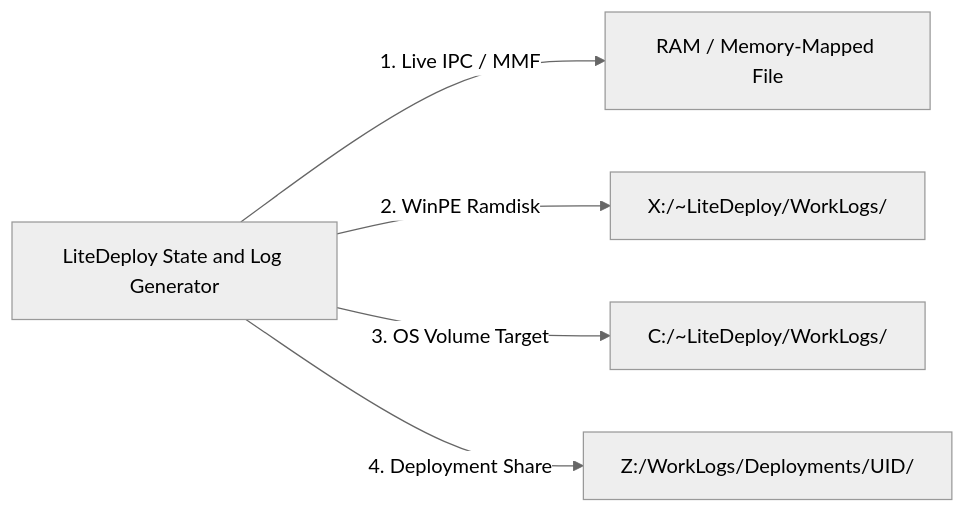
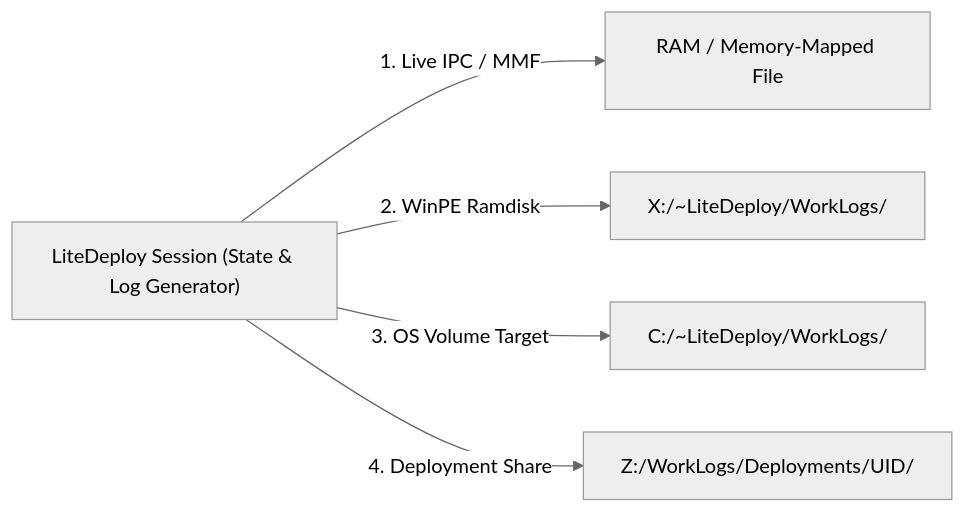
Before and after one commit to cmartineztech/LiteDeploy.Core: the fifth of 6 diagrams in _Docs/architecture/LITEDEPLOY_DEPLOYMENT_DIAGRAM.md, drawn with Mermaid (neutral theme). The commit also changed other lines of this file and 10 other files, not shown here.

Commit message:
docs: align architecture diagrams, planning docs, and guides with v2 Session consolidation

````diff
--- a/_Docs/architecture/LITEDEPLOY_DEPLOYMENT_DIAGRAM.md
+++ b/_Docs/architecture/LITEDEPLOY_DEPLOYMENT_DIAGRAM.md
@@ -190,9 +191,9 @@
 ```mermaid
 flowchart LR
-    StateSource["LiteDeploy State and Log Generator"]
+    StateSource["LiteDeploy Session (State & Log Generator)"]
 
     StateSource -->|1. Live IPC / MMF| RAM["RAM / Memory-Mapped File"]
     StateSource -->|2. WinPE Ramdisk| LocalDisk["X:/~LiteDeploy/WorkLogs/"]
     StateSource -->|3. OS Volume Target| TargetVolume["C:/~LiteDeploy/WorkLogs/"]
     StateSource -->|4. Deployment Share| RemoteShare["Z:/WorkLogs/Deployments/UID/"]
 ```
````
